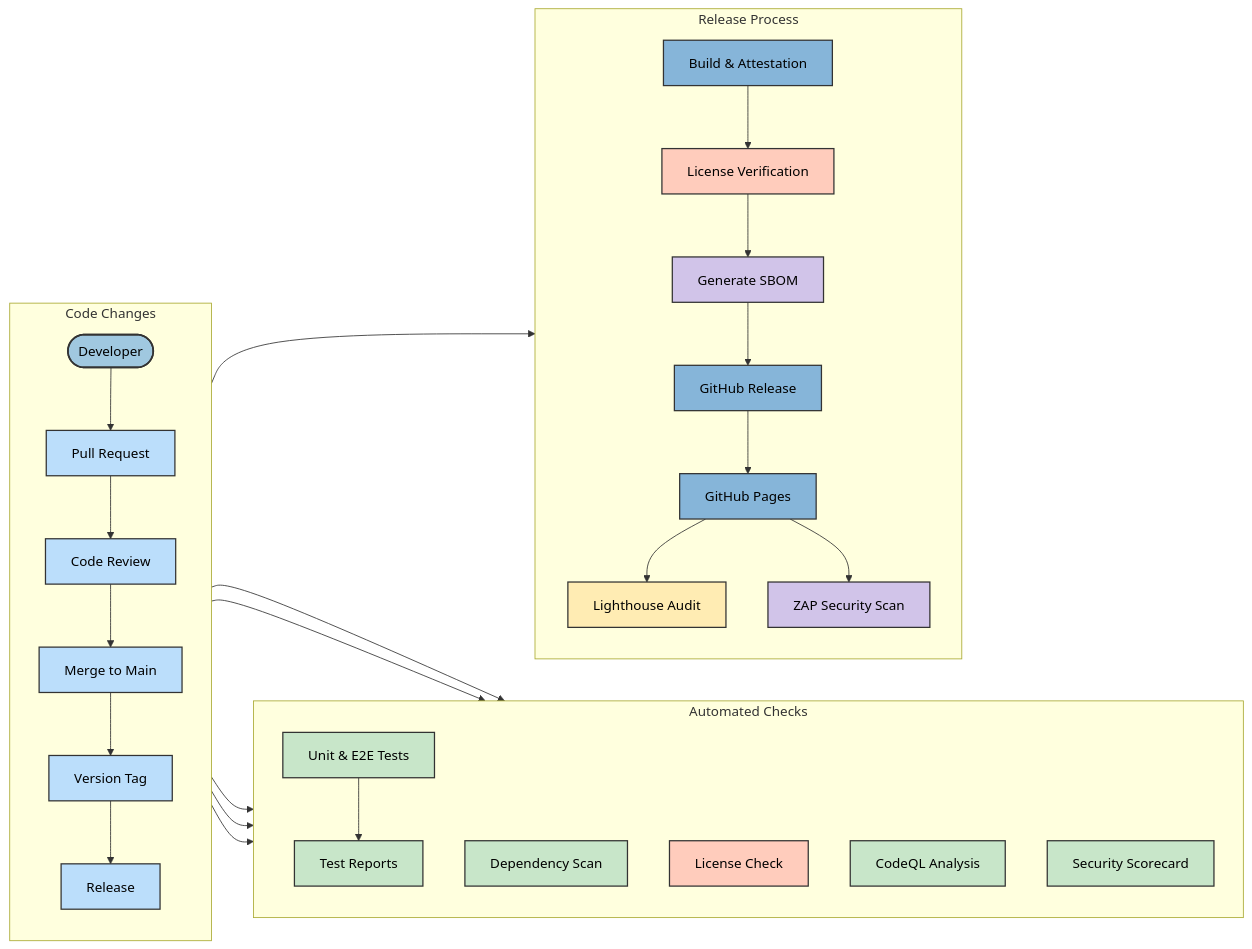
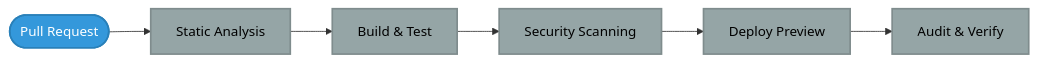
Before and after one commit to Hack23/cia-compliance-manager: the ninth of 9 diagrams in docs/architecture/WORKFLOWS.md, drawn with Mermaid. The commit also changed other lines of this file and 7 other files, not shown here.

````diff
--- a/docs/architecture/WORKFLOWS.md
+++ b/docs/architecture/WORKFLOWS.md
@@ -320,49 +495,14 @@
 ```mermaid
 flowchart LR
-    subgraph "Code Changes"
-        direction TB
-        Developer([Developer]) --> PR[Pull Request]
-        PR --> Review[Code Review]
-        Review --> Merge[Merge to Main]
-        Merge --> Tag[Version Tag]
-        Tag --> Release[Release]
-    end
-
-    subgraph "Automated Checks"
-        direction TB
-        PR --> UnitE2E[Unit & E2E Tests]
-        PR --> DependencyScan[Dependency Scan]
-        PR --> LicenseCheck[License Check]
-        UnitE2E --> Reports[Test Reports]
-        Merge --> CodeQLScan[CodeQL Analysis]
-        Merge --> ScoreCard[Security Scorecard]
-    end
-
-    subgraph "Release Process"
-        direction TB
-        Release --> Build[Build & Attestation]
-        Build --> LicenseVerify[License Verification]
-        LicenseVerify --> SBOM[Generate SBOM]
-        SBOM --> DeployGH[GitHub Release]
-        DeployGH --> DeployPages[GitHub Pages]
-        DeployPages --> Lighthouse[Lighthouse Audit]
-        DeployPages --> ZAPScan[ZAP Security Scan]
-    end
-
-    %% Enhanced styling with better visual hierarchy and flow indicators
-    classDef devNode fill:#a0c8e0,stroke:#333,stroke-width:2px,color:black
-    classDef codeNode fill:#bbdefb,stroke:#333,stroke-width:1.5px,color:black
-    classDef testNode fill:#c8e6c9,stroke:#333,stroke-width:1.5px,color:black
-    classDef deployNode fill:#86b5d9,stroke:#333,stroke-width:1.5px,color:black
-    classDef reportNode fill:#d1c4e9,stroke:#333,stroke-width:1.5px,color:black
-    classDef checkNode fill:#ffccbc,stroke:#333,stroke-width:1.5px,color:black
-    classDef auditNode fill:#ffecb3,stroke:#333,stroke-width:1.5px,color:black
-
-    class Developer devNode
-    class PR,Review,Merge,Tag,Release codeNode
-    class UnitE2E,DependencyScan,Reports,CodeQLScan,ScoreCard testNode
-    class Build,DeployGH,DeployPages deployNode
-    class LicenseCheck,LicenseVerify checkNode
-    class SBOM,ZAPScan reportNode
-    class Lighthouse auditNode
+    PR([Pull Request]) --> Static[Static Analysis]
+    Static --> Build[Build & Test]
+    Build --> Security[Security Scanning]
+    Security --> Deploy[Deploy Preview]
+    Deploy --> Audit[Audit & Verify]
+    
+    classDef prNode fill:#3498db,stroke:#2980b9,stroke-width:2px,color:white
+    classDef phase fill:#95a5a6,stroke:#7f8c8d,stroke-width:2px,color:black
+    
+    class PR prNode
+    class Static,Build,Security,Deploy,Audit phase
 ```
````
